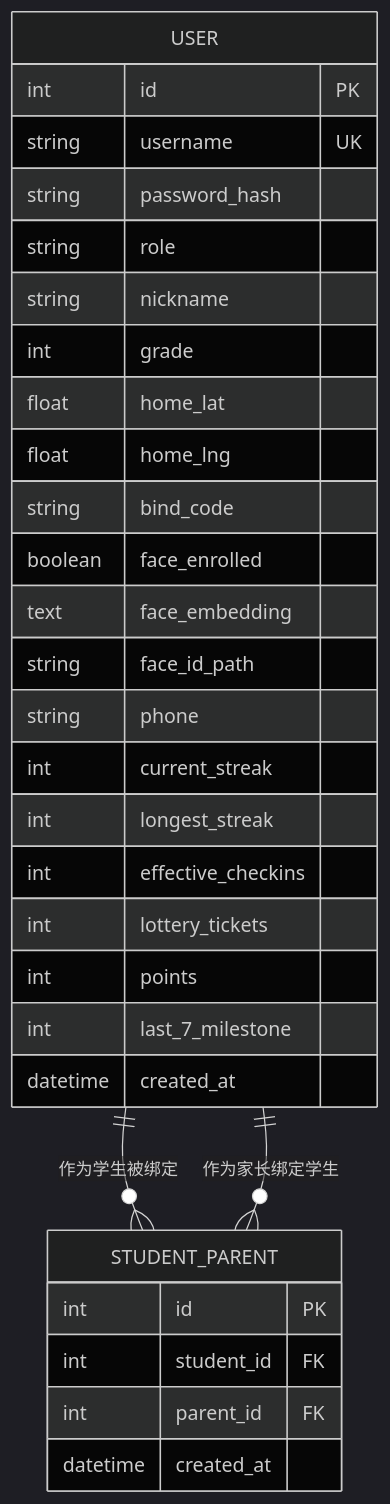
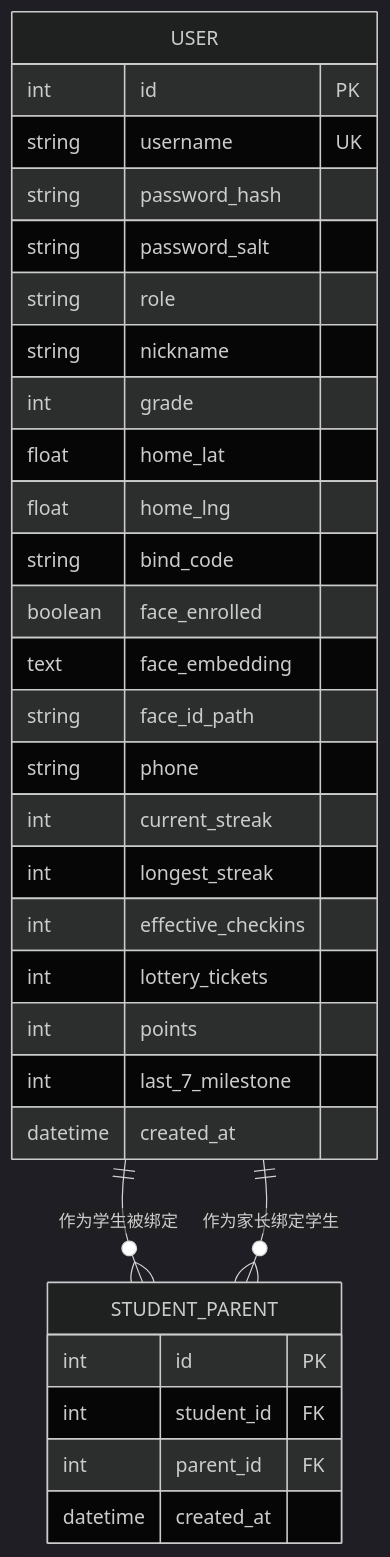
One commit to onebody/homework changed the seventh of 8 diagrams in .qoder/repowiki/zh/content/暑假作业打卡系统/后端服务架构/路由层设计/用户认证路由.md. Above: the diagram before and after it, drawn with Mermaid (dark theme). The commit also changed other lines of this file and 15 other files, not shown here.

````diff
--- a/.qoder/repowiki/zh/content/暑假作业打卡系统/后端服务架构/路由层设计/用户认证路由.md
+++ b/.qoder/repowiki/zh/content/暑假作业打卡系统/后端服务架构/路由层设计/用户认证路由.md
@@ -236,33 +308,34 @@
 ```mermaid
 erDiagram
 USER {
 int id PK
 string username UK
 string password_hash
+string password_salt
 string role
 string nickname
 int grade
 float home_lat
 float home_lng
 string bind_code
 boolean face_enrolled
 text face_embedding
 string face_id_path
 string phone
 int current_streak
 int longest_streak
 int effective_checkins
 int lottery_tickets
 int points
 int last_7_milestone
 datetime created_at
 }
 STUDENT_PARENT {
 int id PK
 int student_id FK
 int parent_id FK
 datetime created_at
 }
 USER ||--o{ STUDENT_PARENT : "作为学生被绑定"
 USER ||--o{ STUDENT_PARENT : "作为家长绑定学生"
 ```
````
